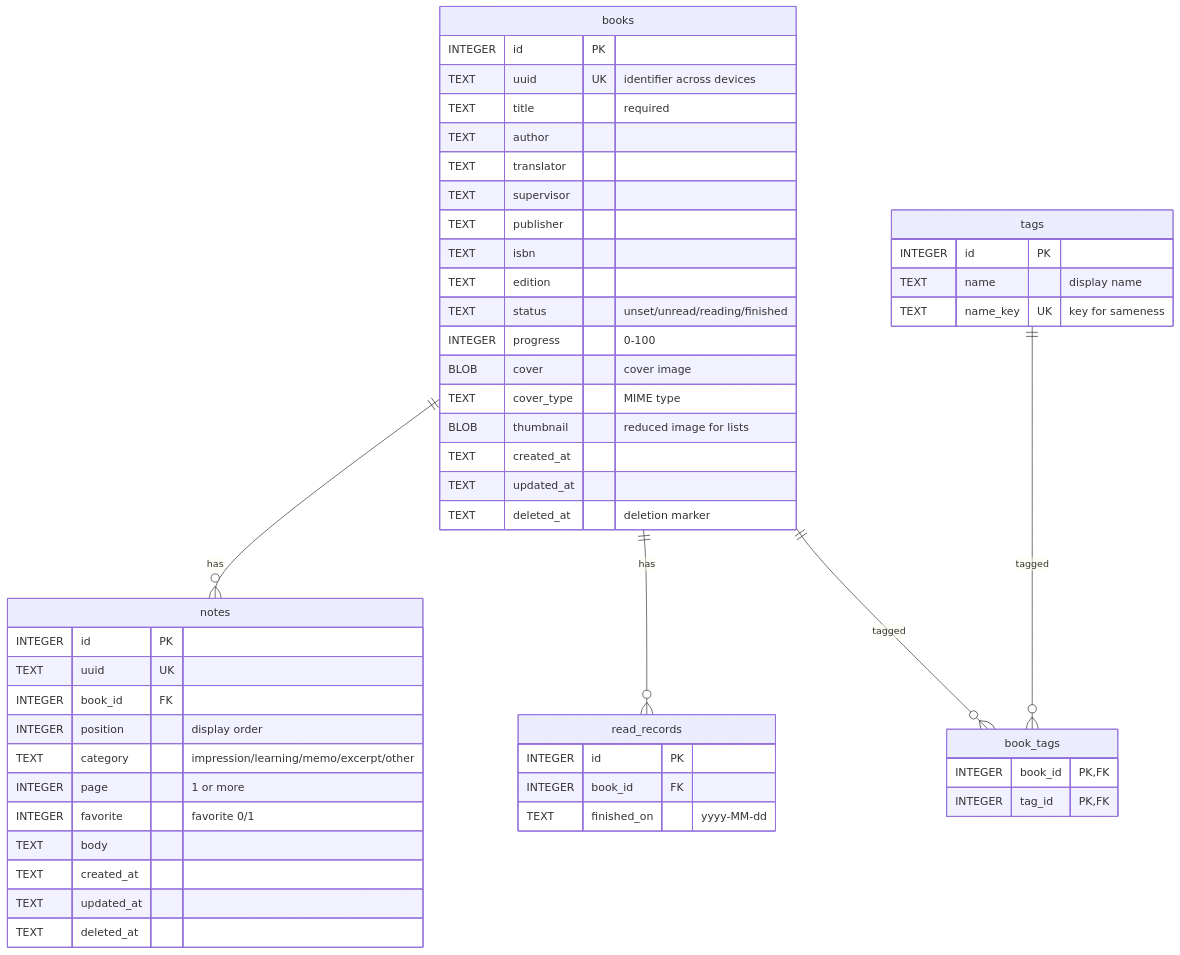
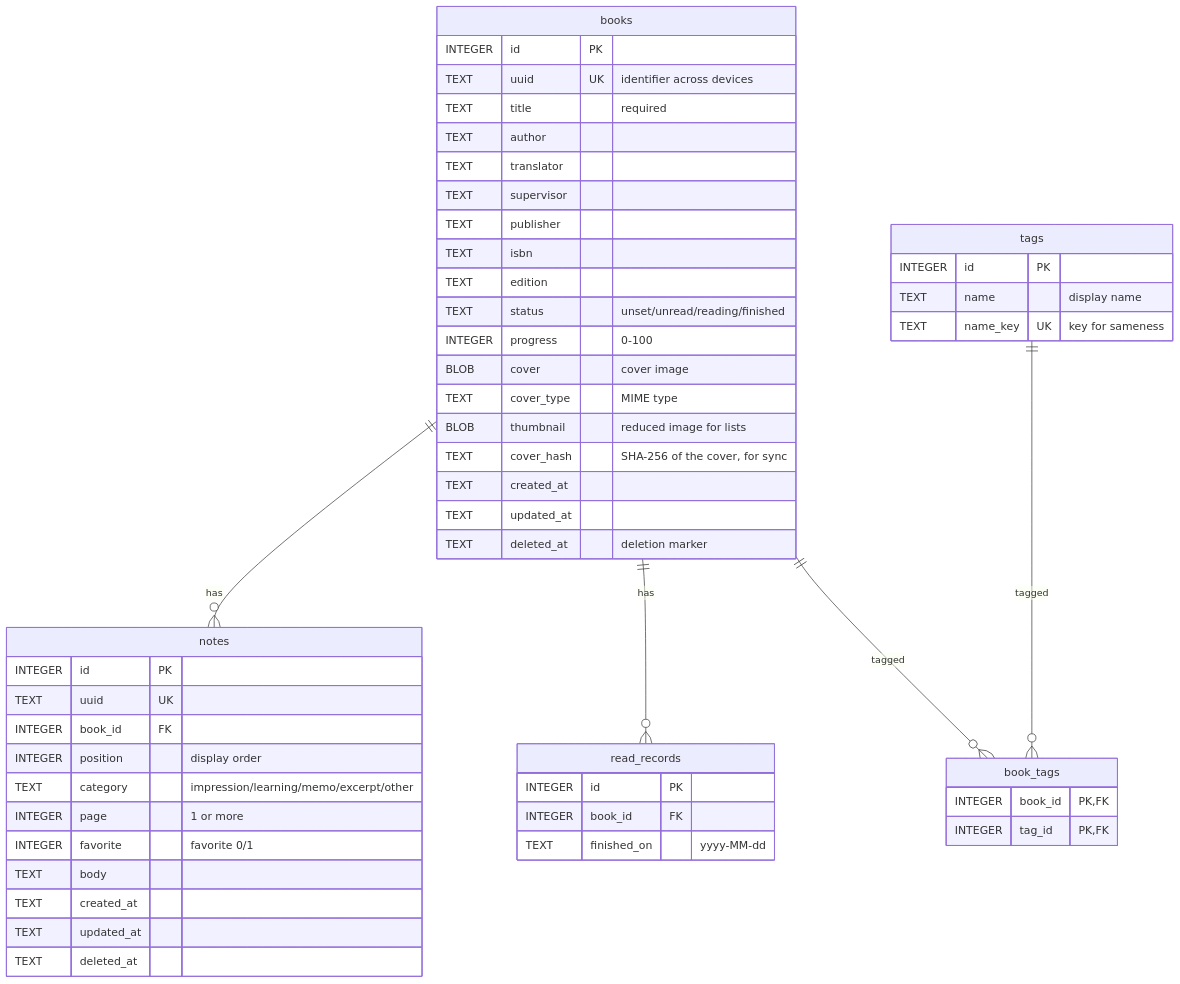
The fifth of 18 diagrams in docs/design/basic-design.md (colophonbooks/colophon), drawn with Mermaid before and after one commit. The commit also changed other lines of this file and 7 other files, not shown here.

````diff
--- a/docs/design/basic-design.md
+++ b/docs/design/basic-design.md
@@ -431,54 +525,55 @@
 ```mermaid
 erDiagram
     books ||--o{ notes : "has"
     books ||--o{ read_records : "has"
     books ||--o{ book_tags : "tagged"
     tags ||--o{ book_tags : "tagged"
 
     books {
         INTEGER id PK
         TEXT uuid UK "identifier across devices"
         TEXT title "required"
         TEXT author
         TEXT translator
         TEXT supervisor
         TEXT publisher
         TEXT isbn
         TEXT edition
         TEXT status "unset/unread/reading/finished"
         INTEGER progress "0-100"
         BLOB cover "cover image"
         TEXT cover_type "MIME type"
         BLOB thumbnail "reduced image for lists"
+        TEXT cover_hash "SHA-256 of the cover, for sync"
         TEXT created_at
         TEXT updated_at
         TEXT deleted_at "deletion marker"
     }
     notes {
         INTEGER id PK
         TEXT uuid UK
         INTEGER book_id FK
         INTEGER position "display order"
         TEXT category "impression/learning/memo/excerpt/other"
         INTEGER page "1 or more"
         INTEGER favorite "favorite 0/1"
         TEXT body
         TEXT created_at
         TEXT updated_at
         TEXT deleted_at
     }
     read_records {
         INTEGER id PK
         INTEGER book_id FK
         TEXT finished_on "yyyy-MM-dd"
     }
     tags {
         INTEGER id PK
         TEXT name "display name"
         TEXT name_key UK "key for sameness"
     }
     book_tags {
         INTEGER book_id PK, FK
         INTEGER tag_id PK, FK
     }
 ```
````
